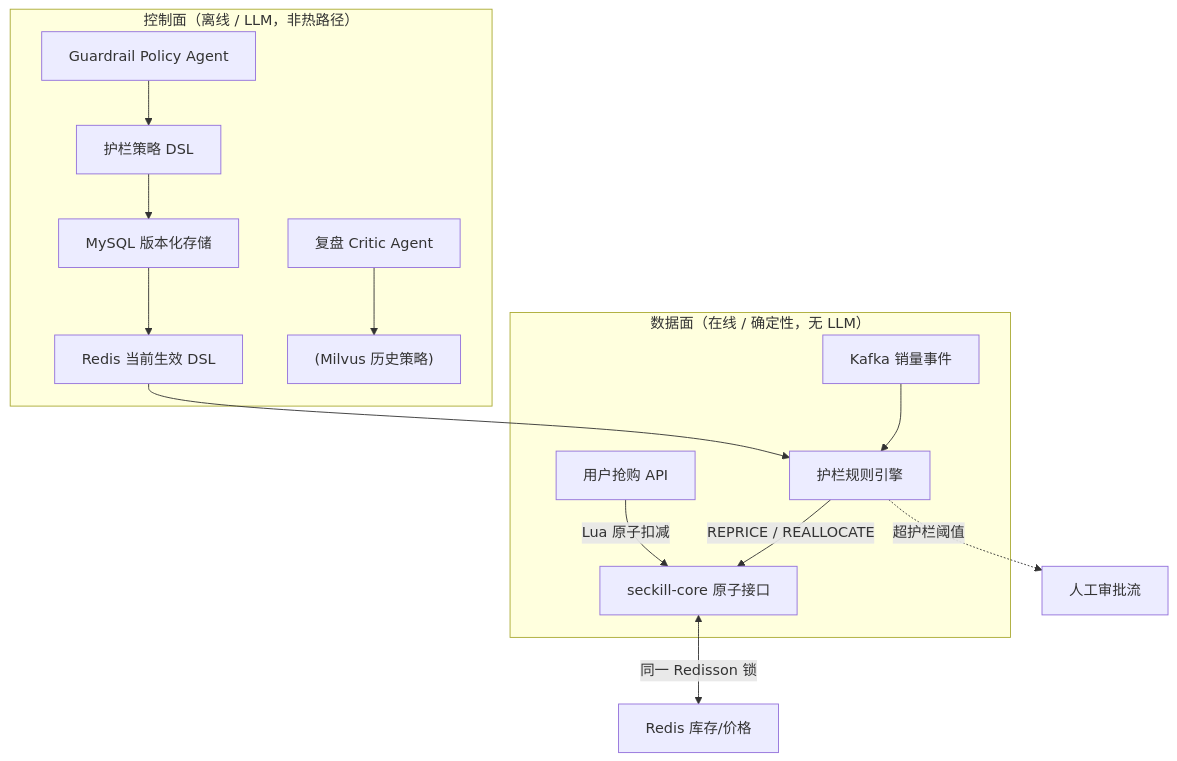
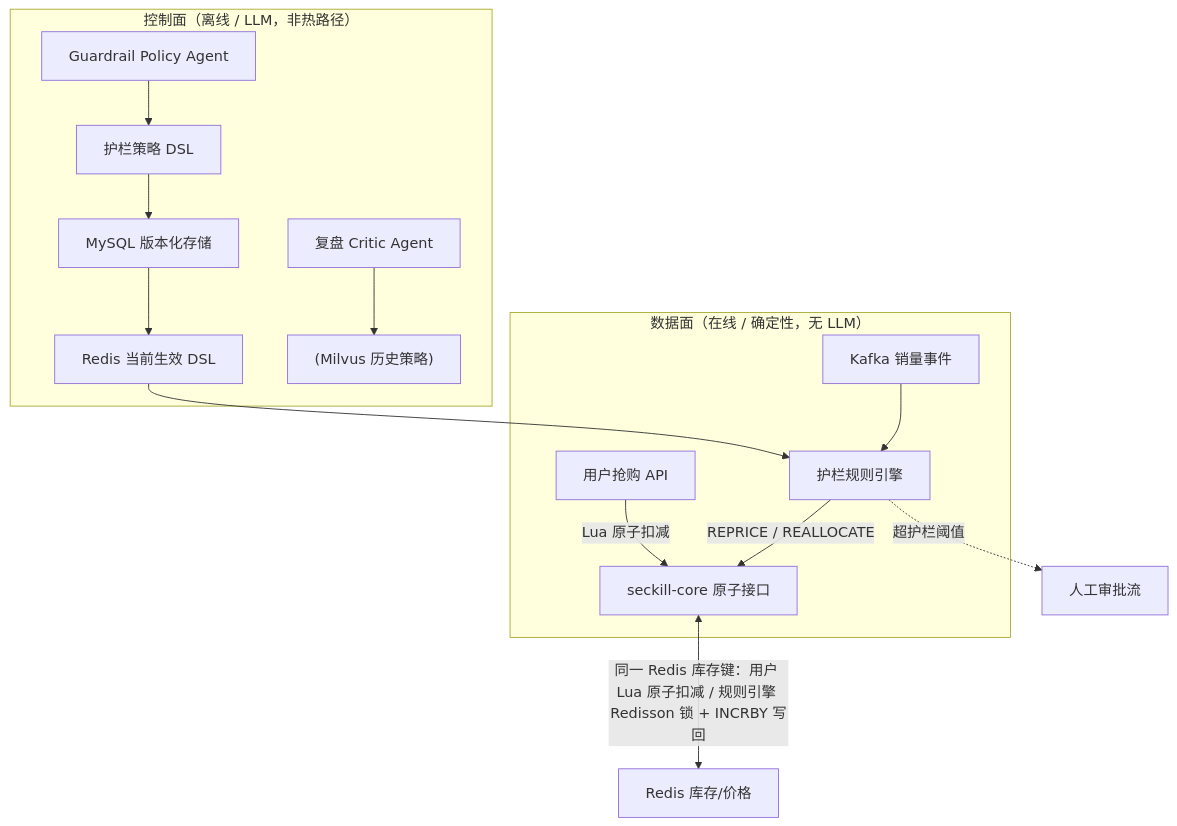
The first of 3 diagrams in specs/insightforge/spec.md (a805026135/insight-forge), drawn with Mermaid before and after one commit. The commit also changed other lines of this file and 4 other files, not shown here.

````diff
--- a/specs/insightforge/spec.md
+++ b/specs/insightforge/spec.md
@@ -327,17 +327,17 @@
 ```mermaid
 flowchart TB
   subgraph CP["控制面（离线 / LLM，非热路径）"]
     A["Guardrail Policy Agent"] --> B["护栏策略 DSL"]
     B --> E["MySQL 版本化存储"]
     E --> F["Redis 当前生效 DSL"]
     C["复盘 Critic Agent"] --> D["(Milvus 历史策略)"]
   end
   subgraph DP["数据面（在线 / 确定性，无 LLM）"]
     G["Kafka 销量事件"] --> H["护栏规则引擎"]
     F --> H
     H -->|"REPRICE / REALLOCATE"| I["seckill-core 原子接口"]
     J["用户抢购 API"] -->|"Lua 原子扣减"| I
   end
-  I <-->|"同一 Redisson 锁"| K["Redis 库存/价格"]
+  I <-->|"同一 Redis 库存键：用户 Lua 原子扣减 / 规则引擎 Redisson 锁 + INCRBY 写回"| K["Redis 库存/价格"]
   H -. "超护栏阈值" .-> L["人工审批流"]
 ```
````
